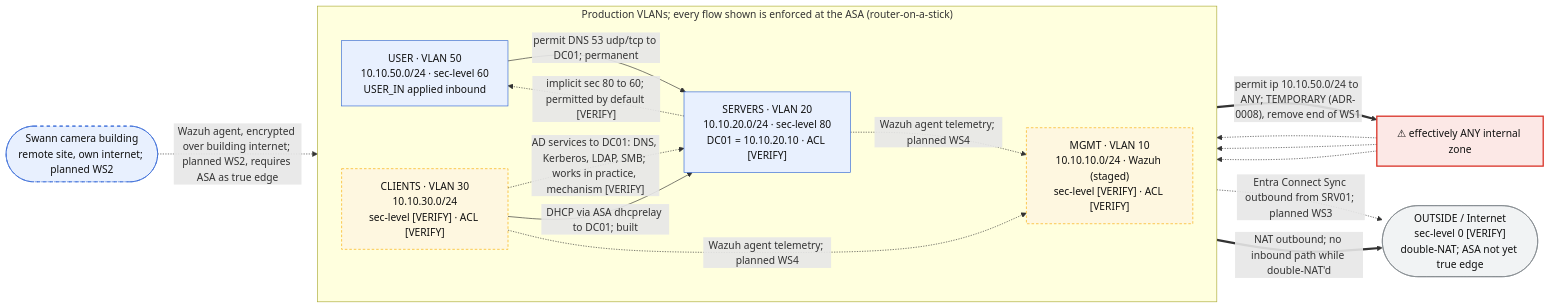
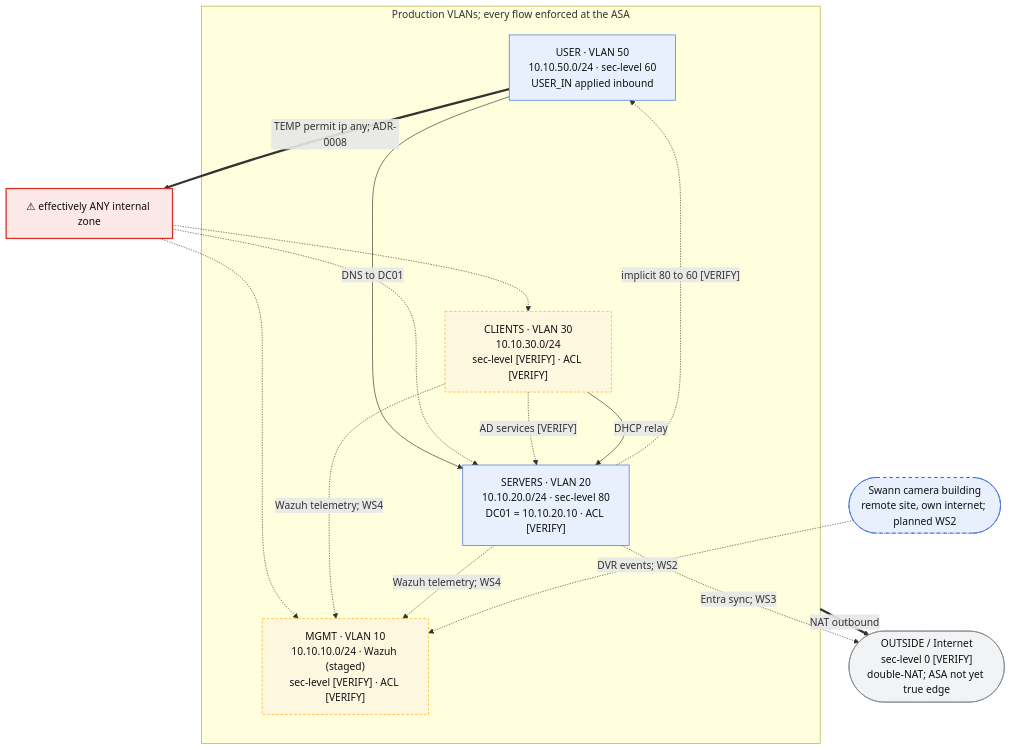
One commit to wadesanders-infra/jssandersllc-infra changed the diagram in onprem/diagrams/trust-acl-flow.md. Above: the diagram before and after it, drawn with Mermaid. The commit also changed other lines of this file and 3 other files, not shown here.

Commit message:
docs: add reachability matrix and OU/GPO diagram, retrofit topology, link runbook from all diagrams

````diff
--- a/onprem/diagrams/trust-acl-flow.md
+++ b/onprem/diagrams/trust-acl-flow.md
@@ -9,51 +11,38 @@
 ```mermaid
-flowchart LR
+%%{init: {"flowchart": {"nodeSpacing": 70, "rankSpacing": 90}}}%%
+flowchart TB
     classDef zone fill:#e8f0fe,stroke:#3367d6,color:#111111
     classDef unver fill:#fef7e0,stroke:#f9ab00,stroke-dasharray:4 3,color:#111111
     classDef outside fill:#f1f3f4,stroke:#80868b,color:#111111
     classDef debt fill:#fce8e6,stroke:#d93025,stroke-width:2px,color:#111111
     classDef planned fill:#e8f0fe,stroke:#3367d6,stroke-dasharray:5 5,color:#111111
 
     INET(["OUTSIDE / Internet<br/>sec-level 0 [VERIFY]<br/>double-NAT; ASA not yet true edge"]):::outside
     SWANN(["Swann camera building<br/>remote site, own internet; planned WS2"]):::planned
 
-    subgraph PROD["Production VLANs; every flow shown is enforced at the ASA (router-on-a-stick)"]
-        direction LR
-        MGMT["MGMT · VLAN 10<br/>10.10.10.0/24 · Wazuh (staged)<br/>sec-level [VERIFY] · ACL [VERIFY]"]:::unver
+    subgraph PROD["Production VLANs; every flow enforced at the ASA"]
+        USER["USER · VLAN 50<br/>10.10.50.0/24 · sec-level 60<br/>USER_IN applied inbound"]:::zone
         SERVERS["SERVERS · VLAN 20<br/>10.10.20.0/24 · sec-level 80<br/>DC01 = 10.10.20.10 · ACL [VERIFY]"]:::zone
         CLIENTS["CLIENTS · VLAN 30<br/>10.10.30.0/24<br/>sec-level [VERIFY] · ACL [VERIFY]"]:::unver
-        USER["USER · VLAN 50<br/>10.10.50.0/24 · sec-level 60<br/>USER_IN applied inbound"]:::zone
+        MGMT["MGMT · VLAN 10<br/>10.10.10.0/24 · Wazuh (staged)<br/>sec-level [VERIFY] · ACL [VERIFY]"]:::unver
     end
 
     ANYDEBT["⚠ effectively ANY internal zone"]:::debt
 
-    %% ---- current state ----
-
-    %% explicit, scoped, permanent permit (USER_IN rule 1)
-    USER -->|"permit DNS 53 udp/tcp to DC01; permanent"| SERVERS
-
-    %% temporary broad permit; the risk (USER_IN rule 2 / ADR-0008)
-    USER ==>|"permit ip 10.10.50.0/24 to ANY; TEMPORARY (ADR-0008), remove end of WS1"| ANYDEBT
+    %% current state; full basis for every edge is in the Flows table
+    USER -->|"DNS to DC01"| SERVERS
+    USER ==>|"TEMP permit ip any; ADR-0008"| ANYDEBT
     ANYDEBT -.-> MGMT
     ANYDEBT -.-> SERVERS
     ANYDEBT -.-> CLIENTS
+    CLIENTS -.->|"AD services [VERIFY]"| SERVERS
+    CLIENTS -->|"DHCP relay"| SERVERS
+    SERVERS -.->|"implicit 80 to 60 [VERIFY]"| USER
+    PROD ==>|"NAT outbound"| INET
 
-    %% functions in practice (joins, auth, GPO); enforcement mechanism unverified
-    CLIENTS -.->|"AD services to DC01: DNS, Kerberos, LDAP, SMB; works in practice, mechanism [VERIFY]"| SERVERS
-
-    %% to-the-box relay, documented 2026-05-10
-    CLIENTS -->|"DHCP via ASA dhcprelay to DC01; built"| SERVERS
-
-    %% implicit security-level behavior where no ACL is recorded
-    SERVERS -.->|"implicit sec 80 to 60; permitted by default [VERIFY]"| USER
-
-    %% outbound internet for all production VLANs
-    PROD ==>|"NAT outbound; no inbound path while double-NAT'd"| INET
-
-    %% ---- planned flows (dashed, not yet built) ----
-
-    SERVERS -.->|"Entra Connect Sync outbound from SRV01; planned WS3"| INET
-    CLIENTS -.->|"Wazuh agent telemetry; planned WS4"| MGMT
-    SERVERS -.->|"Wazuh agent telemetry; planned WS4"| MGMT
-    SWANN -.->|"Wazuh agent, encrypted over building internet; planned WS2, requires ASA as true edge"| MGMT
+    %% planned flows (not yet built)
+    SERVERS -.->|"Entra sync; WS3"| INET
+    CLIENTS -.->|"Wazuh telemetry; WS4"| MGMT
+    SERVERS -.->|"Wazuh telemetry; WS4"| MGMT
+    SWANN -.->|"DVR events; WS2"| MGMT
 ```
````
